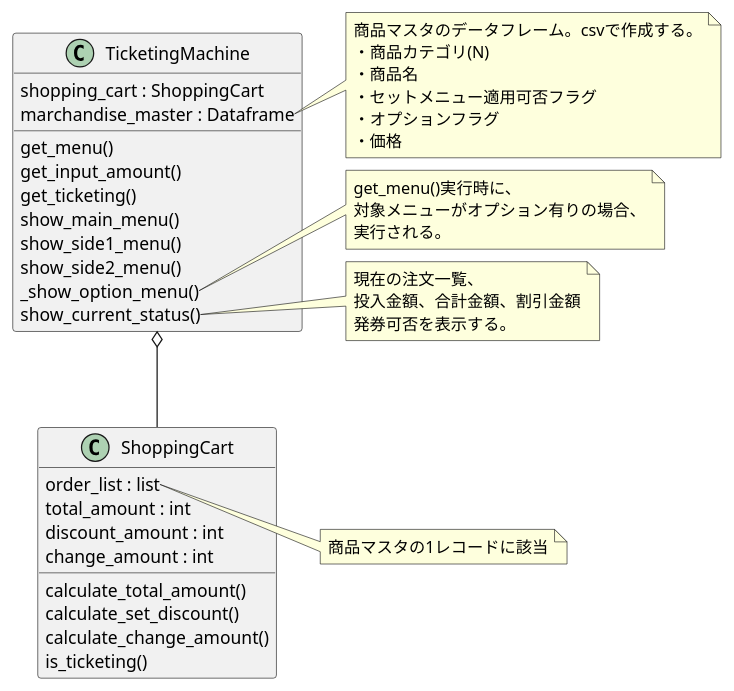
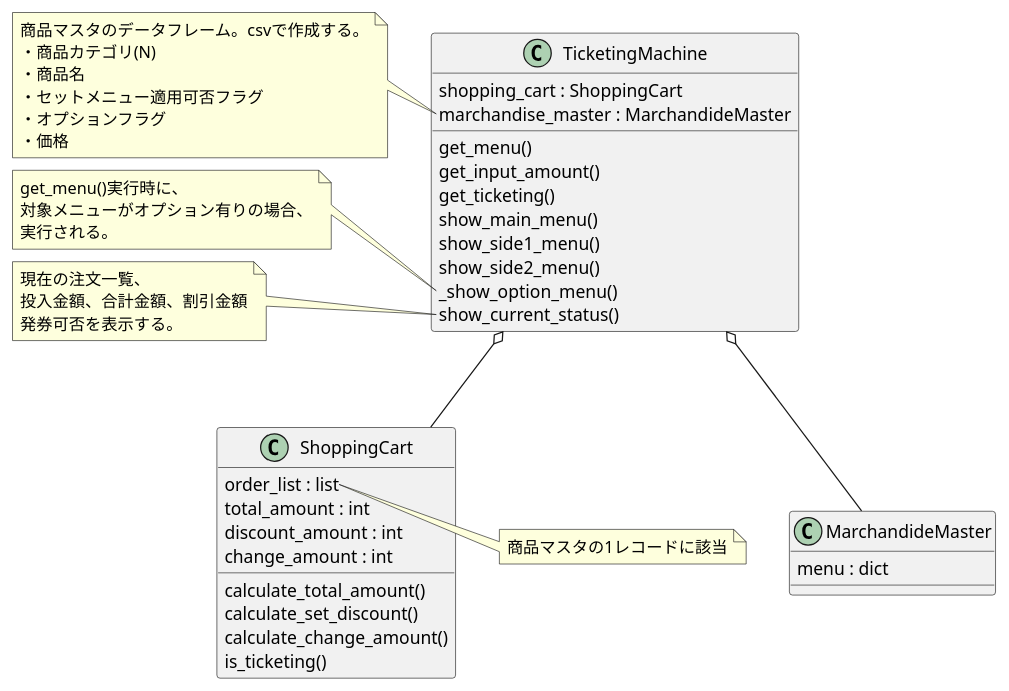
Before and after one commit to Design-Practice-Team/design: the diagram in AP_H31_Spring_PM03/Suzuki/ticket_machine.md, drawn with PlantUML.

Commit message:
シーケンス図記述

````diff
--- a/AP_H31_Spring_PM03/Suzuki/ticket_machine.md
+++ b/AP_H31_Spring_PM03/Suzuki/ticket_machine.md
@@ -8,57 +8,62 @@
 ```plantuml
 @startuml
 TicketingMachine o-- ShoppingCart
+TicketingMachine o-- MarchandideMaster
 
 class TicketingMachine {
     shopping_cart : ShoppingCart
-    marchandise_master : Dataframe
+    marchandise_master : MarchandideMaster
     get_menu()
     get_input_amount()
     get_ticketing()
     show_main_menu()
     show_side1_menu()
     show_side2_menu()
     _show_option_menu()
     show_current_status()
 }
 
-note right of TicketingMachine::marchandise_master
+note left of TicketingMachine::marchandise_master
     商品マスタのデータフレーム。csvで作成する。
     ・商品カテゴリ(N)
     ・商品名
     ・セットメニュー適用可否フラグ
     ・オプションフラグ
     ・価格
 endnote
 
-note right of TicketingMachine::_show_option_menu()
+note left of TicketingMachine::_show_option_menu()
     get_menu()実行時に、
     対象メニューがオプション有りの場合、
     実行される。
 endnote
 
-note right of TicketingMachine::show_current_status()
+note left of TicketingMachine::show_current_status()
     現在の注文一覧、
     投入金額、合計金額、割引金額
     発券可否を表示する。
 endnote
 
 class ShoppingCart {
     order_list : list
     total_amount : int
     discount_amount : int
     change_amount : int
     calculate_total_amount()
     calculate_set_discount()
     calculate_change_amount()
     is_ticketing()
 }
 
 note right of ShoppingCart::order_list
     商品マスタの1レコードに該当
 endnote
 
+class MarchandideMaster {
+    menu : dict
+}
+
 
 
 @enduml
 ```
````
